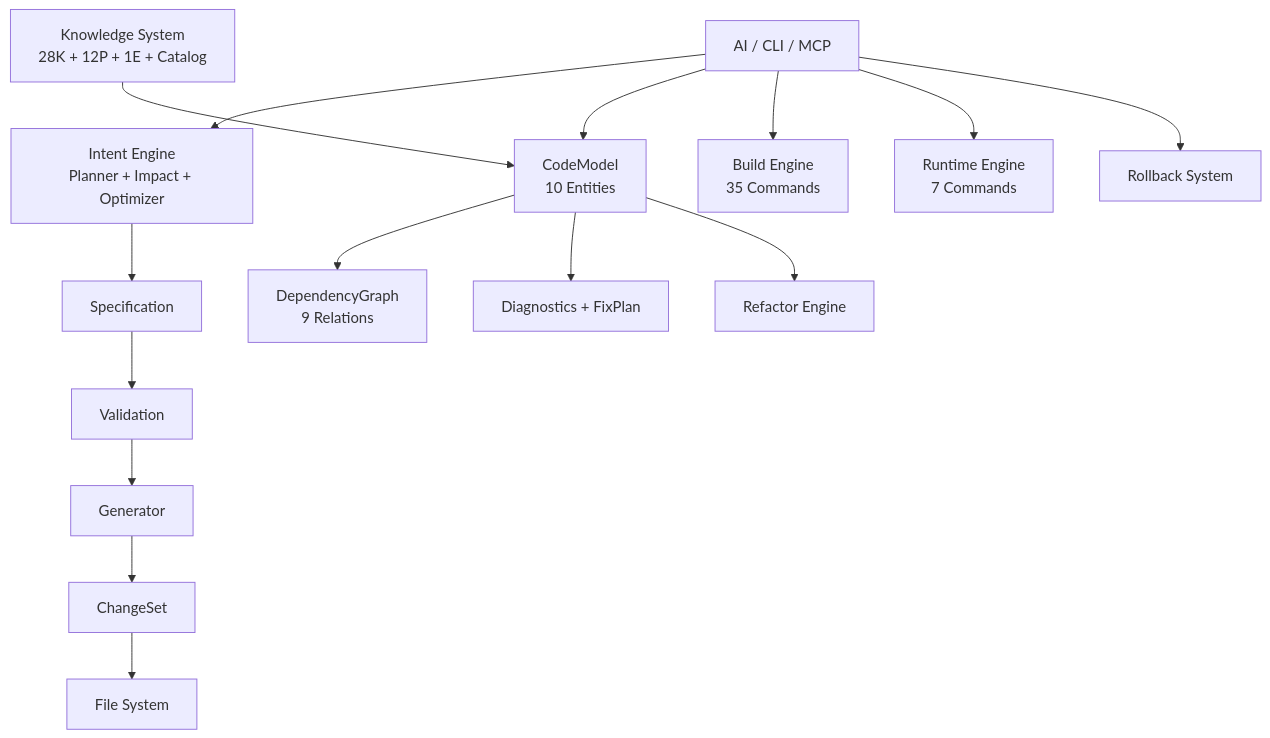
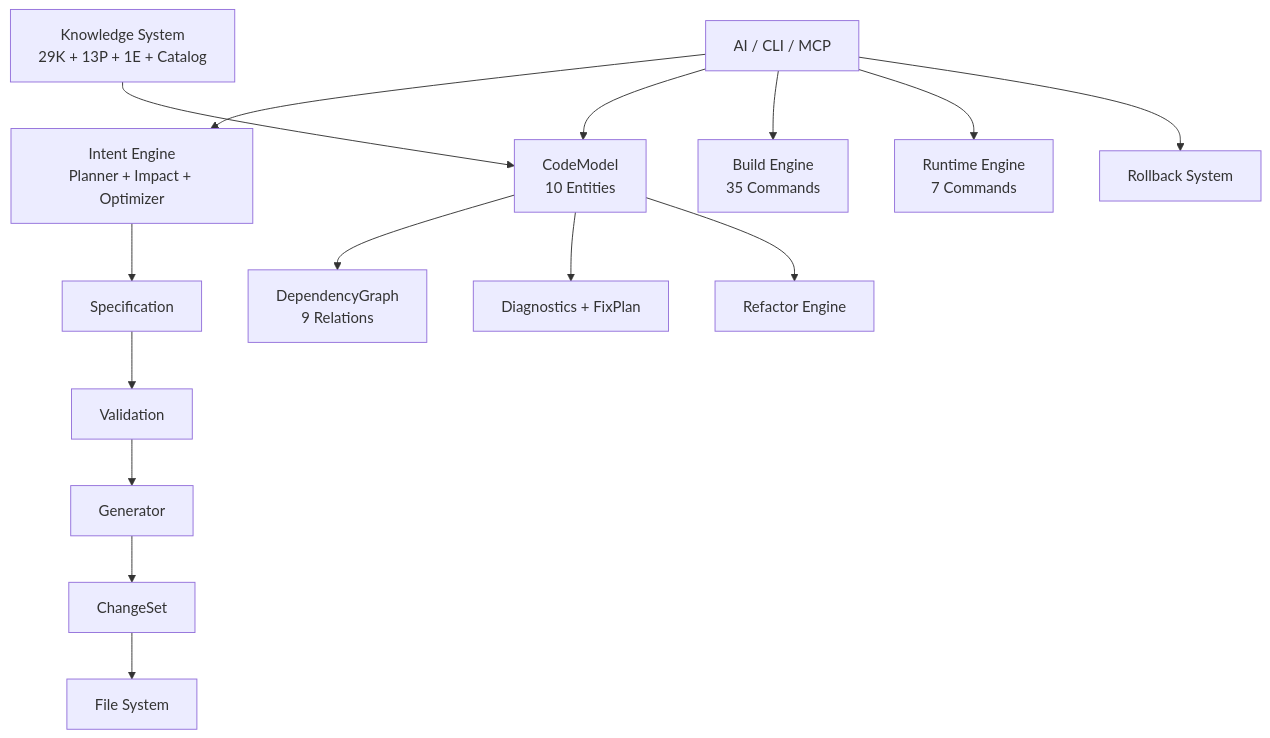
One commit to chenlei-gh/CADE changed the diagram in .agents/skills/catia-caa-dev/docs/WIKI_HOME.md. Above: the diagram before and after it, drawn with Mermaid. The commit also changed other lines of this file and 4 other files, not shown here.

Commit message:
Sync all knowledge counts: 28→29K, 12→13P, 41→43 total across README/SKILL/WIKI/Architecture/tests

````diff
--- a/.agents/skills/catia-caa-dev/docs/WIKI_HOME.md
+++ b/.agents/skills/catia-caa-dev/docs/WIKI_HOME.md
@@ -138,20 +138,20 @@
 ```mermaid
 graph TD
     A[AI / CLI / MCP] --> P[Intent Engine<br/>Planner + Impact + Optimizer]
     P --> B[Specification]
     B --> C[Validation]
     C --> D[Generator]
     D --> E[ChangeSet]
     E --> F[File System]
 
     A --> G[CodeModel<br/>10 Entities]
     G --> H[DependencyGraph<br/>9 Relations]
     G --> I[Diagnostics + FixPlan]
     G --> J[Refactor Engine]
 
     A --> K[Build Engine<br/>35 Commands]
     A --> L[Runtime Engine<br/>7 Commands]
     A --> M[Rollback System]
 
-    N[Knowledge System<br/>28K + 12P + 1E + Catalog] --> G
+    N[Knowledge System<br/>29K + 13P + 1E + Catalog] --> G
 ```
````
